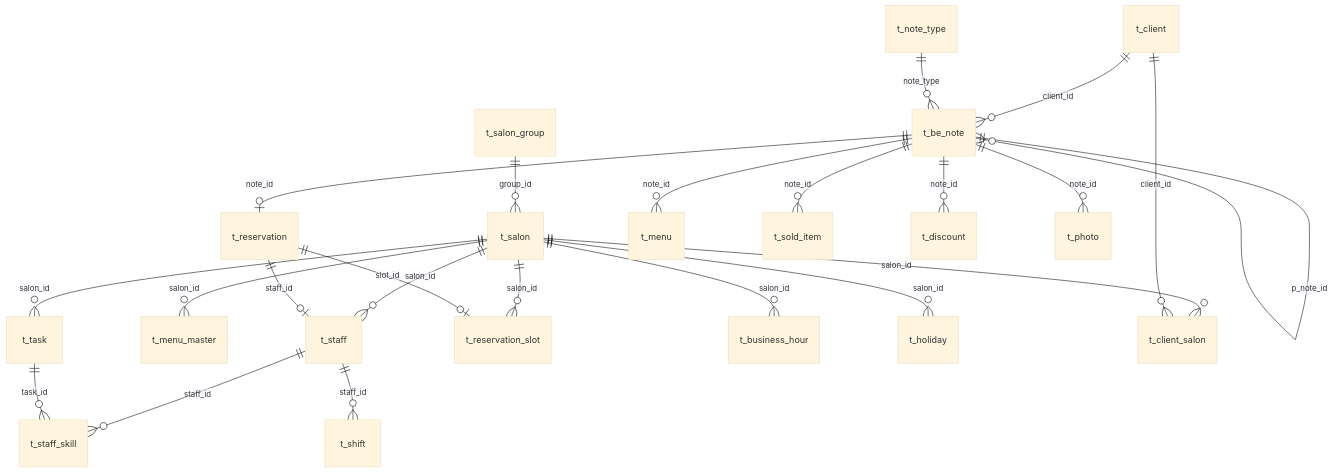
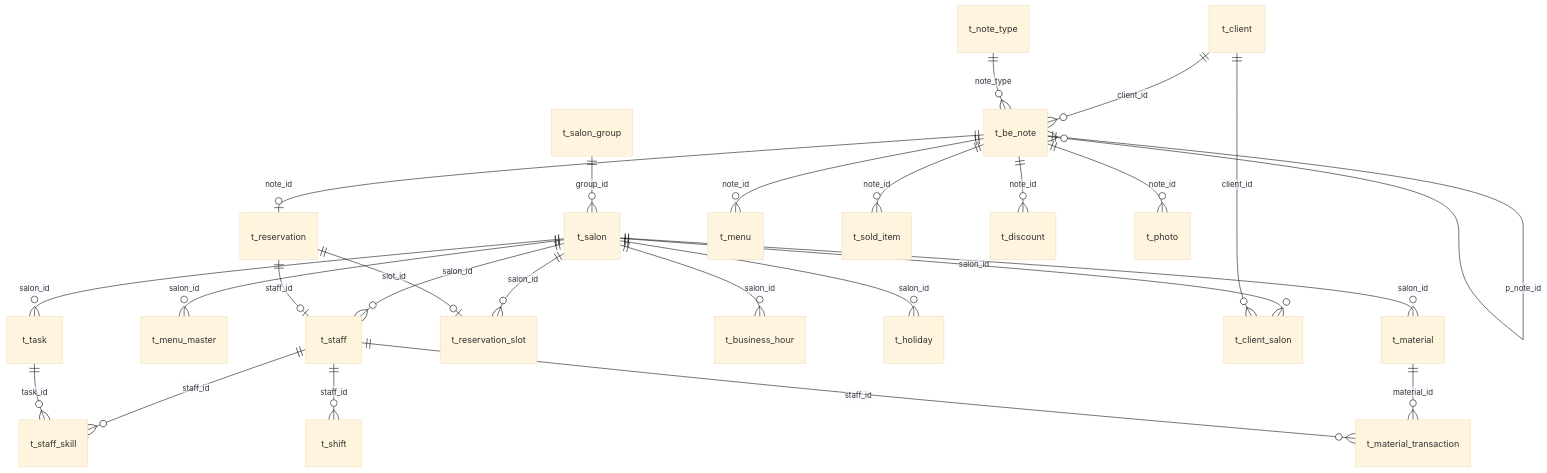
Before and after one commit to hachiju88/be-note: the diagram in docs/DB設計書.md, drawn with Mermaid (base theme). The commit also changed other lines of this file and 2 other files, not shown here.

````diff
--- a/docs/DB設計書.md
+++ b/docs/DB設計書.md
@@ -22,25 +22,28 @@
 ```mermaid
 erDiagram
     t_salon_group ||--o{ t_salon : "group_id"
     t_salon ||--o{ t_staff : "salon_id"
     t_salon ||--o{ t_menu_master : "salon_id"
     t_salon ||--o{ t_task : "salon_id"
     t_salon ||--o{ t_reservation_slot : "salon_id"
     t_salon ||--o{ t_business_hour : "salon_id"
     t_salon ||--o{ t_holiday : "salon_id"
     t_salon ||--o{ t_client_salon : "salon_id"
     t_client ||--o{ t_client_salon : "client_id"
     t_client ||--o{ t_be_note : "client_id"
     t_note_type ||--o{ t_be_note : "note_type"
     t_staff ||--o{ t_staff_skill : "staff_id"
     t_task ||--o{ t_staff_skill : "task_id"
     t_staff ||--o{ t_shift : "staff_id"
     t_be_note ||--o| t_reservation : "note_id"
     t_be_note ||--o{ t_menu : "note_id"
     t_be_note ||--o{ t_sold_item : "note_id"
     t_be_note ||--o{ t_discount : "note_id"
     t_be_note ||--o{ t_photo : "note_id"
     t_be_note ||--o{ t_be_note : "p_note_id"
     t_reservation ||--o| t_staff : "staff_id"
     t_reservation ||--o| t_reservation_slot : "slot_id"
+    t_salon ||--o{ t_material : "salon_id"
+    t_material ||--o{ t_material_transaction : "material_id"
+    t_staff ||--o{ t_material_transaction : "staff_id"
 ```
````
